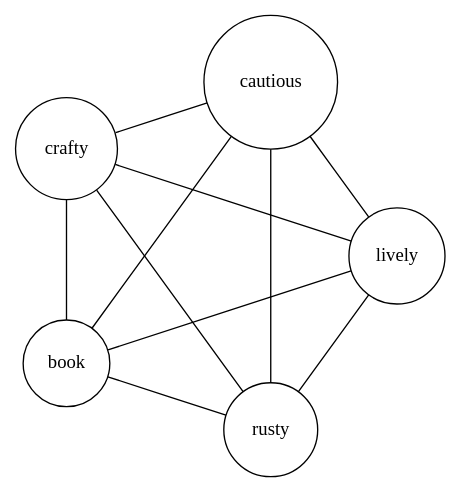
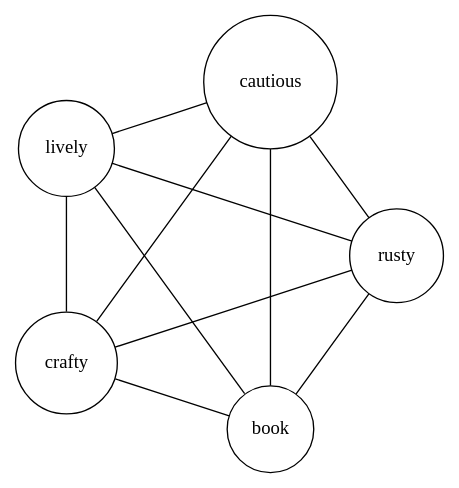
The diagram in src/logos/panchalogo.gv (mskmoorthy/PancaTantra-Graph), drawn with Graphviz before and after one commit. The commit also changed other lines of this file, not shown here.

```diff
--- a/src/logos/panchalogo.gv
+++ b/src/logos/panchalogo.gv
@@ -1,12 +1,12 @@
 // see https://stackoverflow.com/questions/46317240/how-to-layout-complete-graphs-circularly-using-dot-and-graphviz
 
 graph P  {
         layout=circo
+        book [shape=circle]
         rusty [shape=circle, fillcolor=red]
         lively [fillcolor=blue, shape=circle]
+        cautious [fillcolor=green, shape=circle]
         crafty [shape=circle, fillcolor=green]
-        cautious [fillcolor=green, shape=circle]
-        book [shape=circle]
         book--rusty--lively--cautious--crafty--book //pentagon
 book--lively--crafty--rusty--cautious--book //diagonals
 }
```
